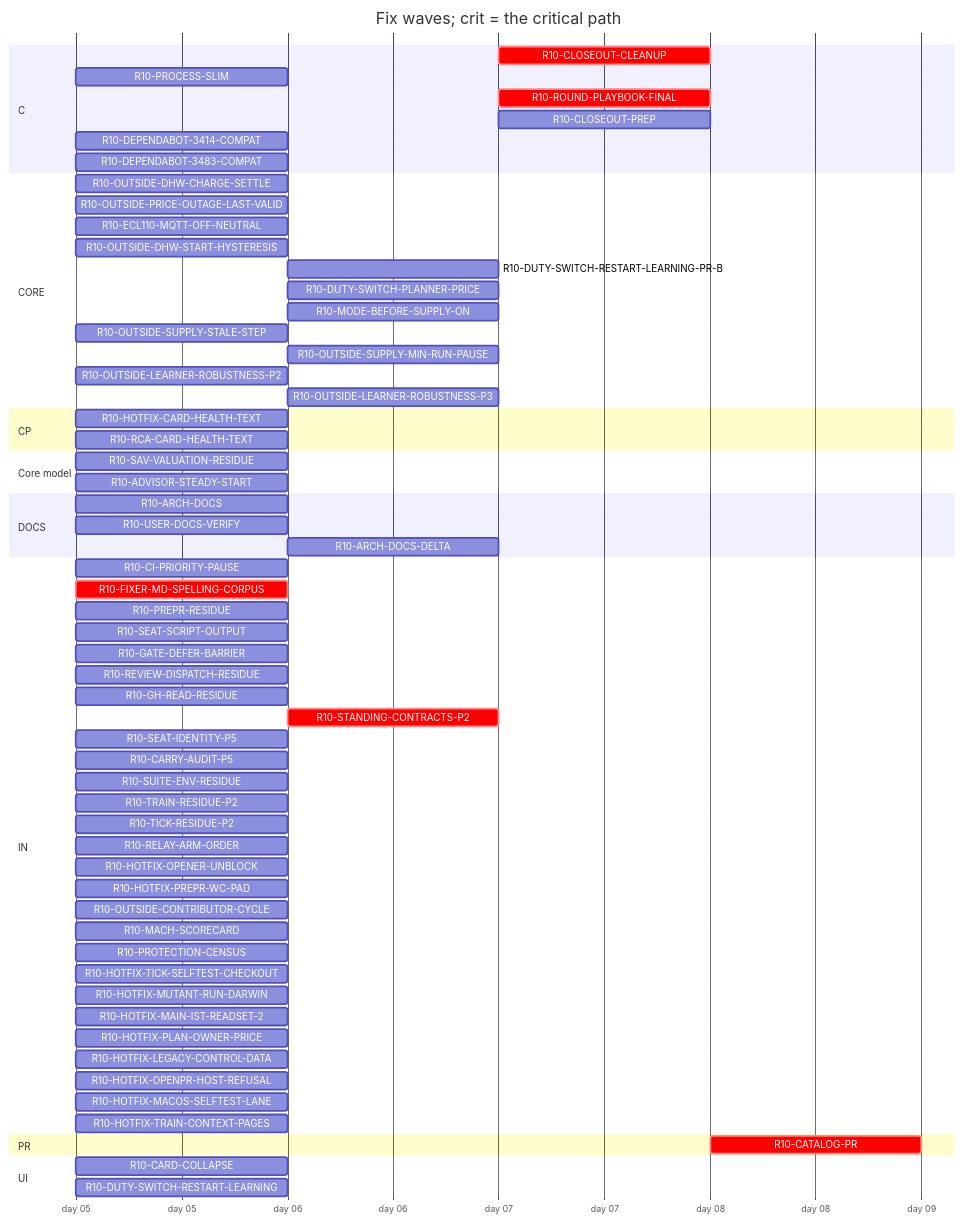
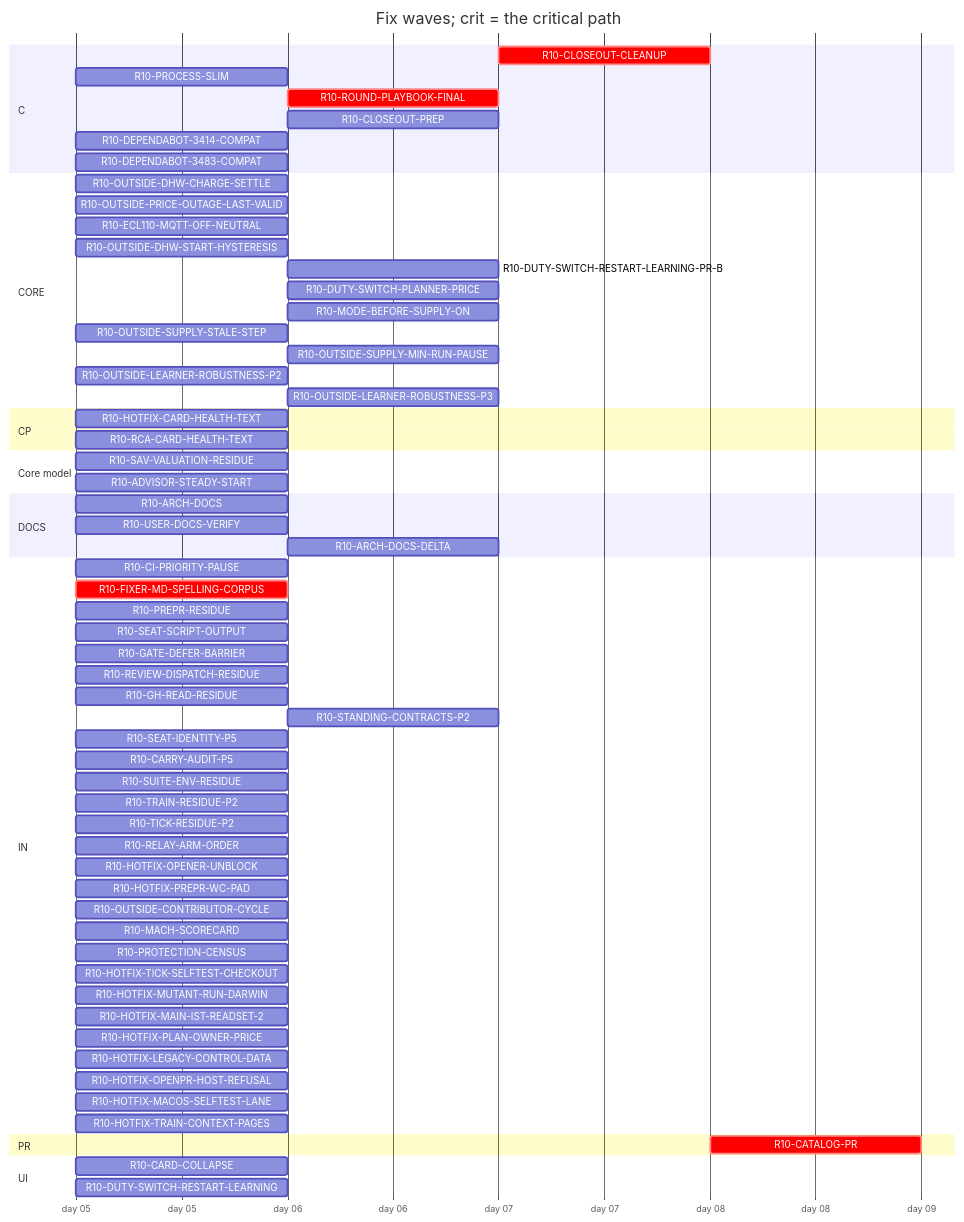
Before and after one commit to tvofi/heatpump_optimizer: the diagram in handoff/round10/state/PLAN-TABLE.md, drawn with Mermaid. The commit also changed other lines of this file and 3 other files, not shown here.

Commit message:
state: FLOW-BOARD.md, NEXT-SESSION-PROMPT.md, PLAN-TABLE.md, PLAN.html, RESUME-CURRENT.md regenerated (state_docs.py)

````diff
--- a/handoff/round10/state/PLAN-TABLE.md
+++ b/handoff/round10/state/PLAN-TABLE.md
@@ -21,68 +21,68 @@
 ```mermaid
 gantt
   title Fix waves; crit = the critical path
   dateFormat YYYY-MM-DD
   axisFormat day %d
   section C
     R10-CLOSEOUT-CLEANUP :crit, r10CLOSEOUTCLEANUP, after r10ARCHDOCS r10USERDOCSVERIFY r10ROUNDPLAYBOOKFINAL r10CLOSEOUTPREP r10ARCHDOCSDELTA, 1d
     R10-PROCESS-SLIM :r10PROCESSSLIM, 2026-01-05, 1d
-    R10-ROUND-PLAYBOOK-FINAL :crit, r10ROUNDPLAYBOOKFINAL, after r10PROCESSSLIM r10FIXERMDSPELLINGCORPUS r10PREPRRESIDUE r10SEATSCRIPTOUTPUT r10REVIEWDISPATCHRESIDUE r10CARRYAUDITP5 r10SEATIDENTITYP5 r10STANDINGCONTRACTSP2 r10GHREADRESIDUE r10SUITEENVRESIDUE r10GATEDEFERBARRIER, 1d
-    R10-CLOSEOUT-PREP :r10CLOSEOUTPREP, after r10ARCHDOCS r10PROCESSSLIM r10FIXERMDSPELLINGCORPUS r10PREPRRESIDUE r10SEATSCRIPTOUTPUT r10REVIEWDISPATCHRESIDUE r10CARRYAUDITP5 r10SEATIDENTITYP5 r10STANDINGCONTRACTSP2 r10GHREADRESIDUE r10SUITEENVRESIDUE r10GATEDEFERBARRIER, 1d
+    R10-ROUND-PLAYBOOK-FINAL :crit, r10ROUNDPLAYBOOKFINAL, after r10FIXERMDSPELLINGCORPUS, 1d
+    R10-CLOSEOUT-PREP :r10CLOSEOUTPREP, after r10ARCHDOCS r10FIXERMDSPELLINGCORPUS, 1d
     R10-DEPENDABOT-3414-COMPAT :r10DEPENDABOT3414COMPAT, 2026-01-05, 1d
     R10-DEPENDABOT-3483-COMPAT :r10DEPENDABOT3483COMPAT, 2026-01-05, 1d
   section CORE
     R10-OUTSIDE-DHW-CHARGE-SETTLE :r10OUTSIDEDHWCHARGESETTLE, 2026-01-05, 1d
     R10-OUTSIDE-PRICE-OUTAGE-LAST-VALID :r10OUTSIDEPRICEOUTAGELASTVALID, 2026-01-05, 1d
     R10-ECL110-MQTT-OFF-NEUTRAL :r10ECL110MQTTOFFNEUTRAL, 2026-01-05, 1d
     R10-OUTSIDE-DHW-START-HYSTERESIS :r10OUTSIDEDHWSTARTHYSTERESIS, 2026-01-05, 1d
     R10-DUTY-SWITCH-RESTART-LEARNING-PR-B :r10DUTYSWITCHRESTARTLEARNINGPRB, after r10DUTYSWITCHRESTARTLEARNING, 1d
     R10-DUTY-SWITCH-PLANNER-PRICE :r10DUTYSWITCHPLANNERPRICE, after r10DUTYSWITCHRESTARTLEARNING, 1d
     R10-MODE-BEFORE-SUPPLY-ON :r10MODEBEFORESUPPLYON, after r10DUTYSWITCHRESTARTLEARNING, 1d
     R10-OUTSIDE-SUPPLY-STALE-STEP :r10OUTSIDESUPPLYSTALESTEP, 2026-01-05, 1d
     R10-OUTSIDE-SUPPLY-MIN-RUN-PAUSE :r10OUTSIDESUPPLYMINRUNPAUSE, after r10OUTSIDESUPPLYSTALESTEP, 1d
     R10-OUTSIDE-LEARNER-ROBUSTNESS-P2 :r10OUTSIDELEARNERROBUSTNESSP2, 2026-01-05, 1d
     R10-OUTSIDE-LEARNER-ROBUSTNESS-P3 :r10OUTSIDELEARNERROBUSTNESSP3, after r10OUTSIDELEARNERROBUSTNESSP2, 1d
   section CP
     R10-HOTFIX-CARD-HEALTH-TEXT :r10HOTFIXCARDHEALTHTEXT, 2026-01-05, 1d
     R10-RCA-CARD-HEALTH-TEXT :r10RCACARDHEALTHTEXT, 2026-01-05, 1d
   section Core model
     R10-SAV-VALUATION-RESIDUE :r10SAVVALUATIONRESIDUE, 2026-01-05, 1d
     R10-ADVISOR-STEADY-START :r10ADVISORSTEADYSTART, 2026-01-05, 1d
   section DOCS
     R10-ARCH-DOCS :r10ARCHDOCS, 2026-01-05, 1d
     R10-USER-DOCS-VERIFY :r10USERDOCSVERIFY, 2026-01-05, 1d
     R10-ARCH-DOCS-DELTA :r10ARCHDOCSDELTA, after r10ARCHDOCS r10SAVVALUATIONRESIDUE r10ADVISORSTEADYSTART r10PROCESSSLIM, 1d
   section IN
     R10-CI-PRIORITY-PAUSE :r10CIPRIORITYPAUSE, 2026-01-05, 1d
     R10-FIXER-MD-SPELLING-CORPUS :crit, r10FIXERMDSPELLINGCORPUS, 2026-01-05, 1d
     R10-PREPR-RESIDUE :r10PREPRRESIDUE, 2026-01-05, 1d
     R10-SEAT-SCRIPT-OUTPUT :r10SEATSCRIPTOUTPUT, 2026-01-05, 1d
     R10-GATE-DEFER-BARRIER :r10GATEDEFERBARRIER, 2026-01-05, 1d
     R10-REVIEW-DISPATCH-RESIDUE :r10REVIEWDISPATCHRESIDUE, 2026-01-05, 1d
     R10-GH-READ-RESIDUE :r10GHREADRESIDUE, 2026-01-05, 1d
-    R10-STANDING-CONTRACTS-P2 :crit, r10STANDINGCONTRACTSP2, after r10FIXERMDSPELLINGCORPUS, 1d
+    R10-STANDING-CONTRACTS-P2 :r10STANDINGCONTRACTSP2, after r10FIXERMDSPELLINGCORPUS, 1d
     R10-SEAT-IDENTITY-P5 :r10SEATIDENTITYP5, 2026-01-05, 1d
     R10-CARRY-AUDIT-P5 :r10CARRYAUDITP5, 2026-01-05, 1d
     R10-SUITE-ENV-RESIDUE :r10SUITEENVRESIDUE, 2026-01-05, 1d
     R10-TRAIN-RESIDUE-P2 :r10TRAINRESIDUEP2, 2026-01-05, 1d
     R10-TICK-RESIDUE-P2 :r10TICKRESIDUEP2, 2026-01-05, 1d
     R10-RELAY-ARM-ORDER :r10RELAYARMORDER, 2026-01-05, 1d
     R10-HOTFIX-OPENER-UNBLOCK :r10HOTFIXOPENERUNBLOCK, 2026-01-05, 1d
     R10-HOTFIX-PREPR-WC-PAD :r10HOTFIXPREPRWCPAD, 2026-01-05, 1d
     R10-OUTSIDE-CONTRIBUTOR-CYCLE :r10OUTSIDECONTRIBUTORCYCLE, 2026-01-05, 1d
     R10-MACH-SCORECARD :r10MACHSCORECARD, 2026-01-05, 1d
     R10-PROTECTION-CENSUS :r10PROTECTIONCENSUS, 2026-01-05, 1d
     R10-HOTFIX-TICK-SELFTEST-CHECKOUT :r10HOTFIXTICKSELFTESTCHECKOUT, 2026-01-05, 1d
     R10-HOTFIX-MUTANT-RUN-DARWIN :r10HOTFIXMUTANTRUNDARWIN, 2026-01-05, 1d
     R10-HOTFIX-MAIN-IST-READSET-2 :r10HOTFIXMAINISTREADSET2, 2026-01-05, 1d
     R10-HOTFIX-PLAN-OWNER-PRICE :r10HOTFIXPLANOWNERPRICE, 2026-01-05, 1d
     R10-HOTFIX-LEGACY-CONTROL-DATA :r10HOTFIXLEGACYCONTROLDATA, 2026-01-05, 1d
     R10-HOTFIX-OPENPR-HOST-REFUSAL :r10HOTFIXOPENPRHOSTREFUSAL, 2026-01-05, 1d
     R10-HOTFIX-MACOS-SELFTEST-LANE :r10HOTFIXMACOSSELFTESTLANE, 2026-01-05, 1d
     R10-HOTFIX-TRAIN-CONTEXT-PAGES :r10HOTFIXTRAINCONTEXTPAGES, 2026-01-05, 1d
   section PR
     R10-CATALOG-PR :crit, r10CATALOGPR, after r10USERDOCSVERIFY r10ARCHDOCS r10ROUNDPLAYBOOKFINAL r10CLOSEOUTCLEANUP r10CLOSEOUTPREP r10ARCHDOCSDELTA, 1d
   section UI
     R10-CARD-COLLAPSE :r10CARDCOLLAPSE, 2026-01-05, 1d
     R10-DUTY-SWITCH-RESTART-LEARNING :r10DUTYSWITCHRESTARTLEARNING, 2026-01-05, 1d
 ```
````
